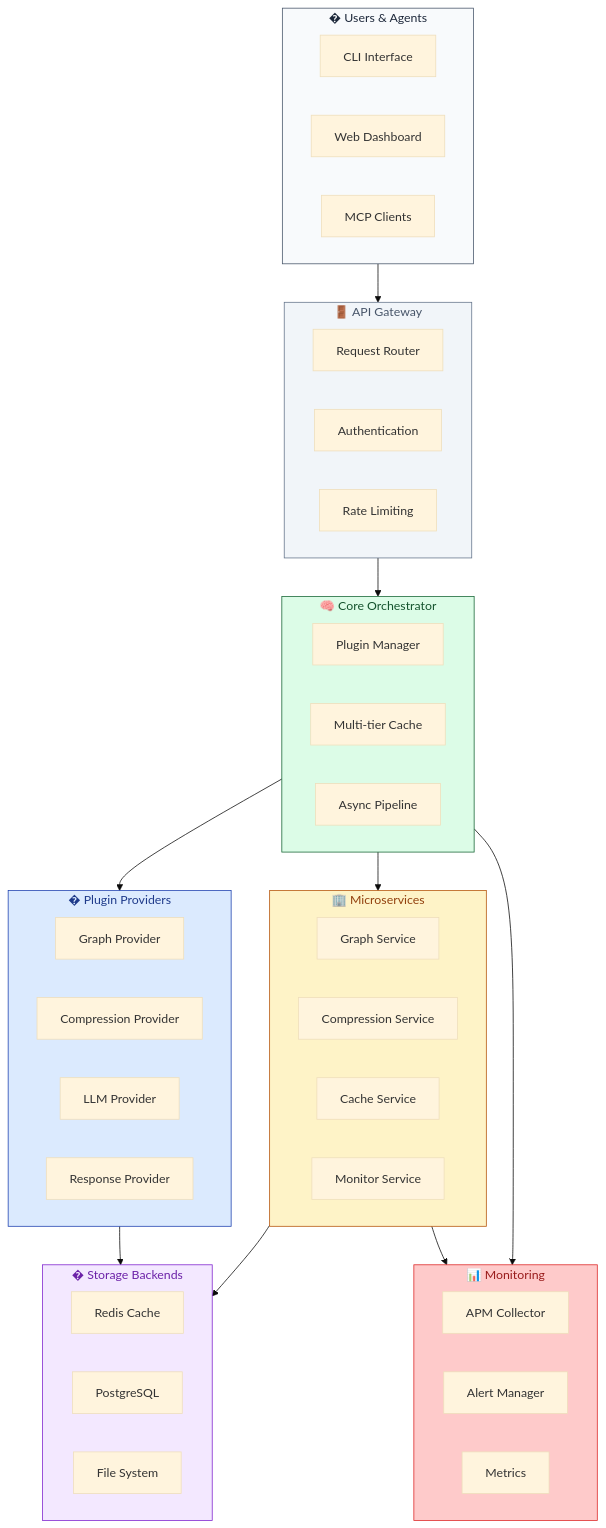
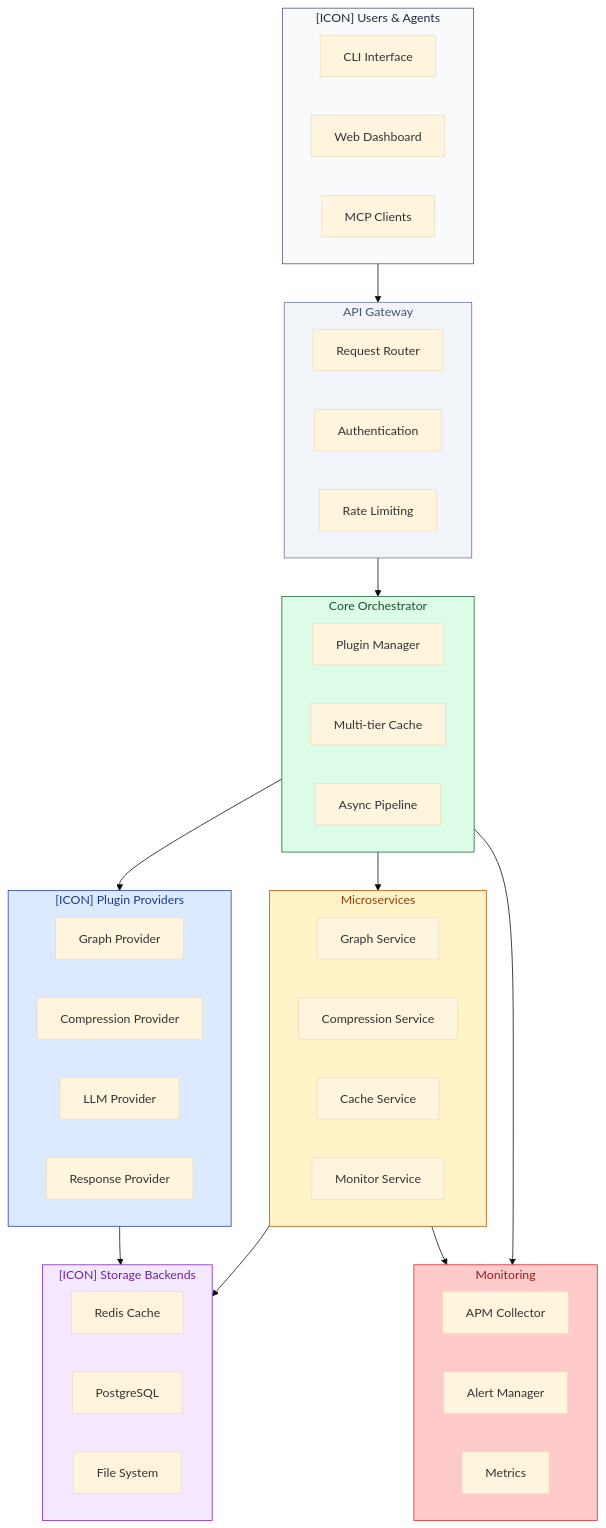
The diagram in README.md (DelwarOfficial/Lithic), drawn with Mermaid (base theme) before and after one commit. The commit also changed other lines of this file and 31 other files, not shown here.

````diff
--- a/README.md
+++ b/README.md
@@ -191,63 +191,63 @@
 ```mermaid
 graph TB
-    subgraph Users["� Users & Agents"]
+    subgraph Users["[ICON] Users & Agents"]
         CLI["CLI Interface"]
         Web["Web Dashboard"]
         MCP["MCP Clients"]
     end
 
-    subgraph Gateway["🚪 API Gateway"]
+    subgraph Gateway["API Gateway"]
         Router["Request Router"]
         Auth["Authentication"]
         RateLimit["Rate Limiting"]
     end
 
-    subgraph Core["🧠 Core Orchestrator"]
+    subgraph Core["Core Orchestrator"]
         PluginMgr["Plugin Manager"]
         Cache["Multi-tier Cache"]
         Streaming["Async Pipeline"]
     end
 
-    subgraph Providers["� Plugin Providers"]
+    subgraph Providers["[ICON] Plugin Providers"]
         GraphP["Graph Provider"]
         CompressP["Compression Provider"] 
         LLMP["LLM Provider"]
         ResponseP["Response Provider"]
     end
 
-    subgraph Services["🏢 Microservices"]
+    subgraph Services["Microservices"]
         GraphSvc["Graph Service"]
         CompressSvc["Compression Service"]
         CacheSvc["Cache Service"]
         MonitorSvc["Monitor Service"]
     end
 
-    subgraph Storage["� Storage Backends"]
+    subgraph Storage["[ICON] Storage Backends"]
         Redis["Redis Cache"]
         Postgres["PostgreSQL"]
         FS["File System"]
     end
 
-    subgraph Monitor["📊 Monitoring"]
+    subgraph Monitor["Monitoring"]
         APM["APM Collector"]
         Alerts["Alert Manager"]
         Metrics["Metrics"]
     end
 
     Users --> Gateway
     Gateway --> Core
     Core --> Providers
     Core --> Services
     Providers --> Storage
     Services --> Storage
     Services --> Monitor
     Core --> Monitor
 
     style Core fill:#dcfce7,stroke:#166534,color:#14532d
     style Providers fill:#dbeafe,stroke:#1e40af,color:#1e3a8a
     style Services fill:#fef3c7,stroke:#b45309,color:#92400e
     style Storage fill:#f3e8ff,stroke:#7e22ce,color:#6b21a8
     style Monitor fill:#fecaca,stroke:#dc2626,color:#991b1b
     style Users fill:#f8fafc,stroke:#475569,color:#1e293b
     style Gateway fill:#f1f5f9,stroke:#64748b,color:#475569
 ```
````
